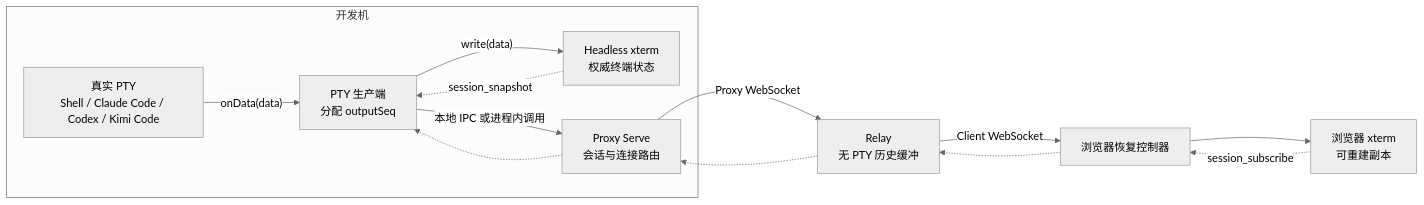
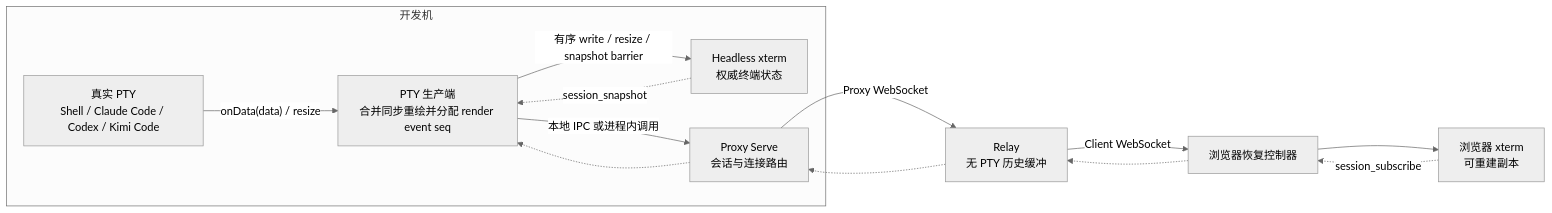
One commit to lichenxicatapple-blip/dev-anywhere changed the first of 5 diagrams in docs/PTY-NETWORK-SYNC.md. Above: the diagram before and after it, drawn with Mermaid (neutral theme). The commit also changed other lines of this file and 62 other files, not shown here.

Commit message:
refactor: finalize preview streaming and PTY resize

````diff
--- a/docs/PTY-NETWORK-SYNC.md
+++ b/docs/PTY-NETWORK-SYNC.md
@@ -25,23 +25,23 @@
 ```mermaid
 flowchart LR
   subgraph Device["开发机"]
     PTY["真实 PTY<br/>Shell / Claude Code / Codex / Kimi Code"]
-    Producer["PTY 生产端<br/>分配 outputSeq"]
+    Producer["PTY 生产端<br/>合并同步重绘并分配 render event seq"]
     Headless["Headless xterm<br/>权威终端状态"]
     Serve["Proxy Serve<br/>会话与连接路由"]
 
-    PTY -->|"onData(data)"| Producer
-    Producer -->|"write(data)"| Headless
+    PTY -->|"onData(data) / resize"| Producer
+    Producer -->|"有序 write / resize / snapshot barrier"| Headless
     Producer -->|"本地 IPC 或进程内调用"| Serve
   end
 
   Serve -->|"Proxy WebSocket"| Relay["Relay<br/>无 PTY 历史缓冲"]
   Relay -->|"Client WebSocket"| Recovery["浏览器恢复控制器"]
   Recovery --> BrowserXterm["浏览器 xterm<br/>可重建副本"]
 
   BrowserXterm -.->|"session_subscribe"| Recovery
   Recovery -.-> Relay
   Relay -.-> Serve
   Serve -.-> Producer
   Headless -.->|"session_snapshot"| Producer
 ```
````
